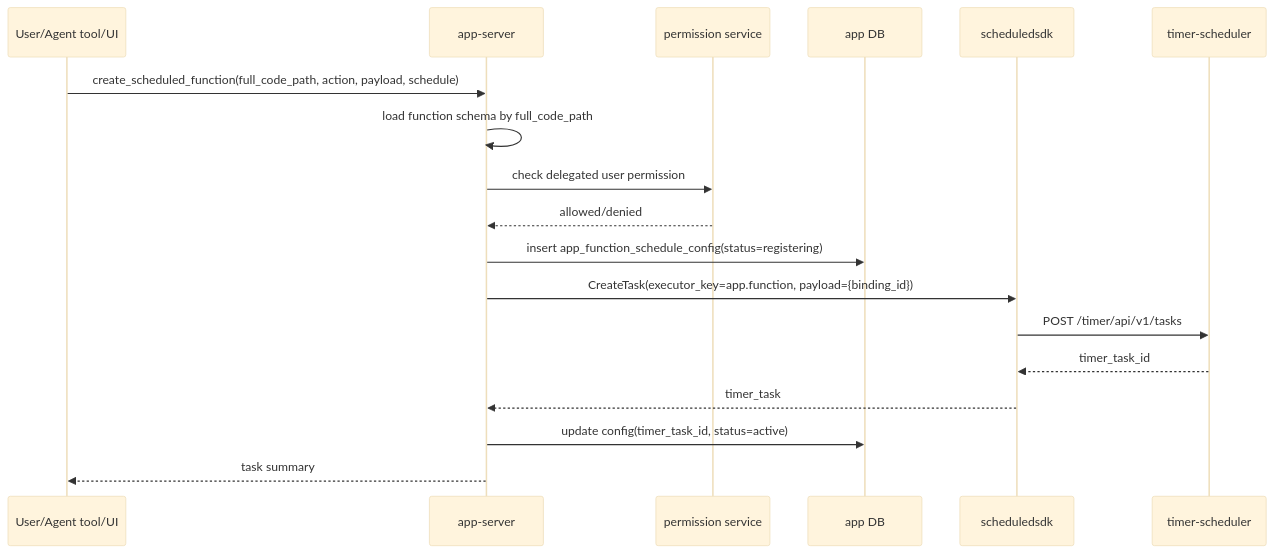
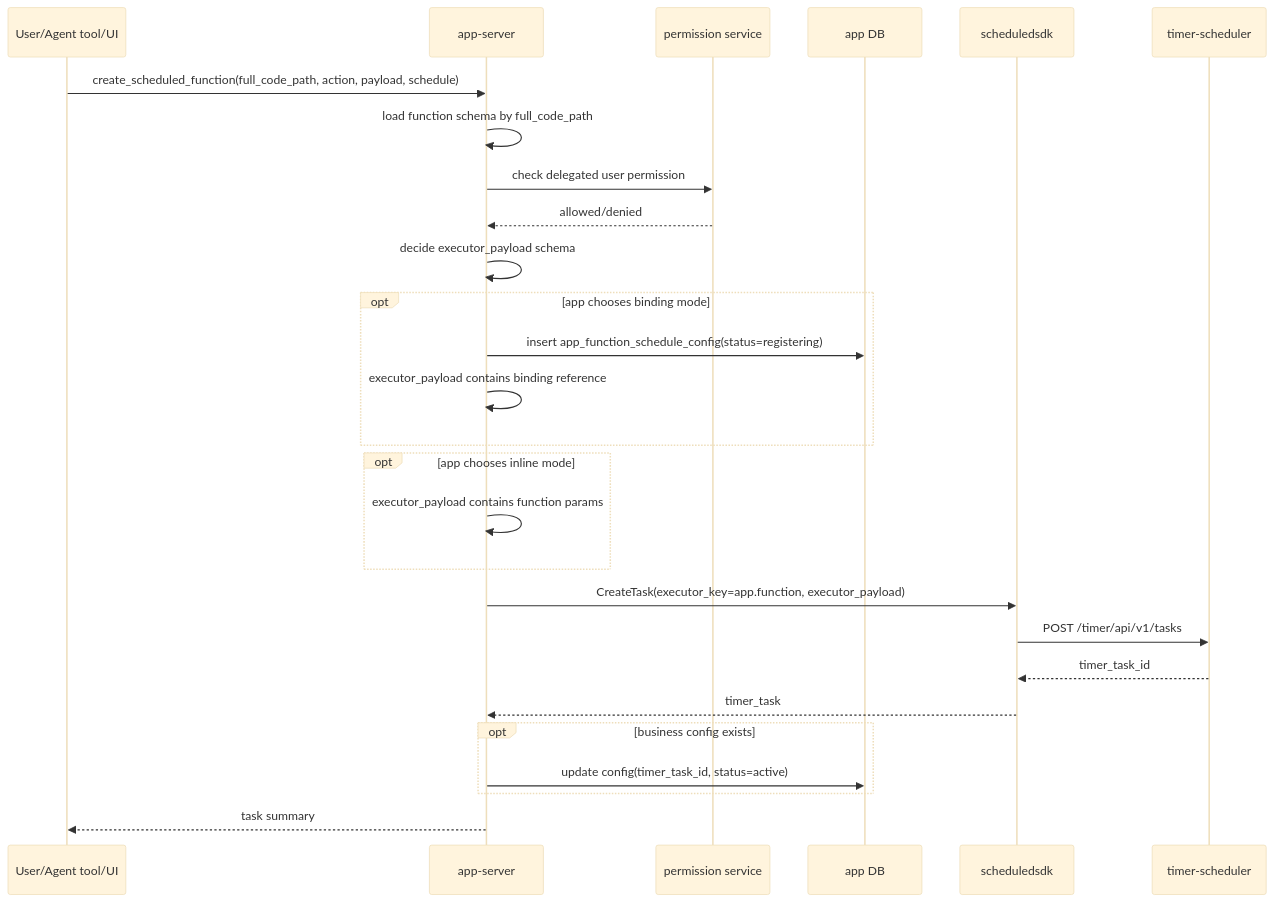
Before and after one commit to kageos/kageos: the seventh of 17 diagrams in docs/scheduled-tasks-architecture-design.md, drawn with Mermaid (base theme). The commit also changed other lines of this file, not shown here.

Commit message:
docs: clarify scheduler payload ownership

````diff
--- a/docs/scheduled-tasks-architecture-design.md
+++ b/docs/scheduled-tasks-architecture-design.md
@@ -265,21 +326,30 @@
 ```mermaid
 sequenceDiagram
   participant User as User/Agent tool/UI
   participant App as app-server
   participant Permission as permission service
   participant AppDB as app DB
   participant SDK as scheduledsdk
   participant Timer as timer-scheduler
 
   User->>App: create_scheduled_function(full_code_path, action, payload, schedule)
   App->>App: load function schema by full_code_path
   App->>Permission: check delegated user permission
   Permission-->>App: allowed/denied
-  App->>AppDB: insert app_function_schedule_config(status=registering)
-  App->>SDK: CreateTask(executor_key=app.function, payload={binding_id})
+  App->>App: decide executor_payload schema
+  opt app chooses binding mode
+    App->>AppDB: insert app_function_schedule_config(status=registering)
+    App->>App: executor_payload contains binding reference
+  end
+  opt app chooses inline mode
+    App->>App: executor_payload contains function params
+  end
+  App->>SDK: CreateTask(executor_key=app.function, executor_payload)
   SDK->>Timer: POST /timer/api/v1/tasks
   Timer-->>SDK: timer_task_id
   SDK-->>App: timer_task
-  App->>AppDB: update config(timer_task_id, status=active)
+  opt business config exists
+    App->>AppDB: update config(timer_task_id, status=active)
+  end
   App-->>User: task summary
 ```
````
